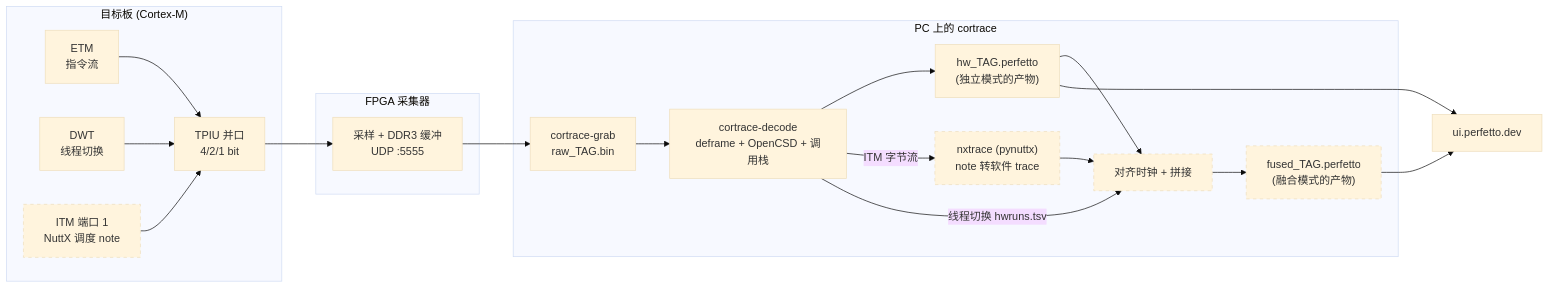
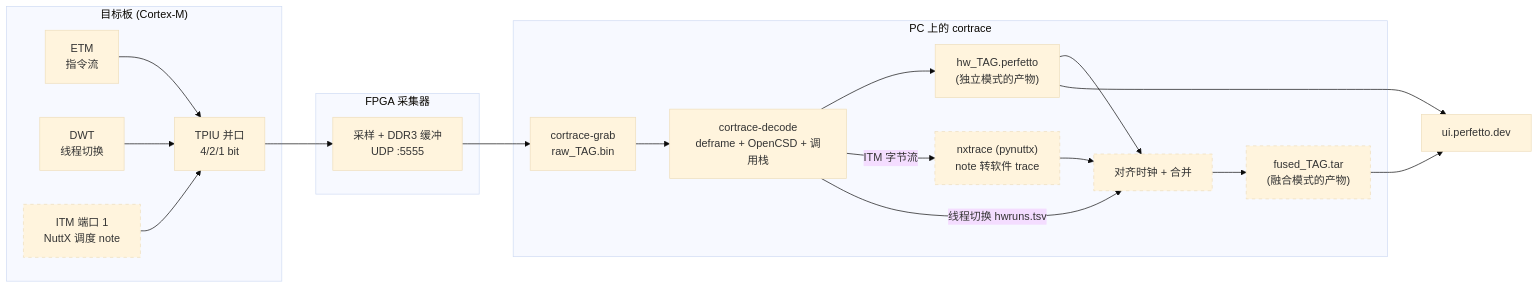
The first of 6 diagrams in docs/04-user-guide.md (FASTSHIFT/cortrace), drawn with Mermaid (base theme) before and after one commit. The commit also changed other lines of this file and 1 other file, not shown here.

````diff
--- a/docs/04-user-guide.md
+++ b/docs/04-user-guide.md
@@ -26,33 +26,33 @@
 ```mermaid
 flowchart LR
     subgraph T["目标板 (Cortex-M)"]
         ETM["ETM<br/>指令流"]
         DWT["DWT<br/>线程切换"]
         ITM["ITM 端口 1<br/>NuttX 调度 note"]
         TPIU["TPIU 并口<br/>4/2/1 bit"]
         ETM --> TPIU
         DWT --> TPIU
         ITM --> TPIU
     end
     subgraph F["FPGA 采集器"]
         CAP["采样 + DDR3 缓冲<br/>UDP :5555"]
     end
     subgraph P["PC 上的 cortrace"]
         GRAB["cortrace-grab<br/>raw_TAG.bin"]
         DEC["cortrace-decode<br/>deframe + OpenCSD + 调用栈"]
         HW["hw_TAG.perfetto<br/>(独立模式的产物)"]
         NX["nxtrace (pynuttx)<br/>note 转软件 trace"]
-        ALN["对齐时钟 + 拼接"]
-        FUSED["fused_TAG.perfetto<br/>(融合模式的产物)"]
+        ALN["对齐时钟 + 合并"]
+        FUSED["fused_TAG.tar<br/>(融合模式的产物)"]
     end
     UI["ui.perfetto.dev"]
     TPIU --> CAP --> GRAB --> DEC --> HW
     DEC -->|"ITM 字节流"| NX
     DEC -->|"线程切换 hwruns.tsv"| ALN
     NX --> ALN
     HW --> ALN --> FUSED
     HW --> UI
     FUSED --> UI
     classDef fusion stroke-dasharray: 5 5
     class ITM,NX,ALN,FUSED fusion
 ```
````
